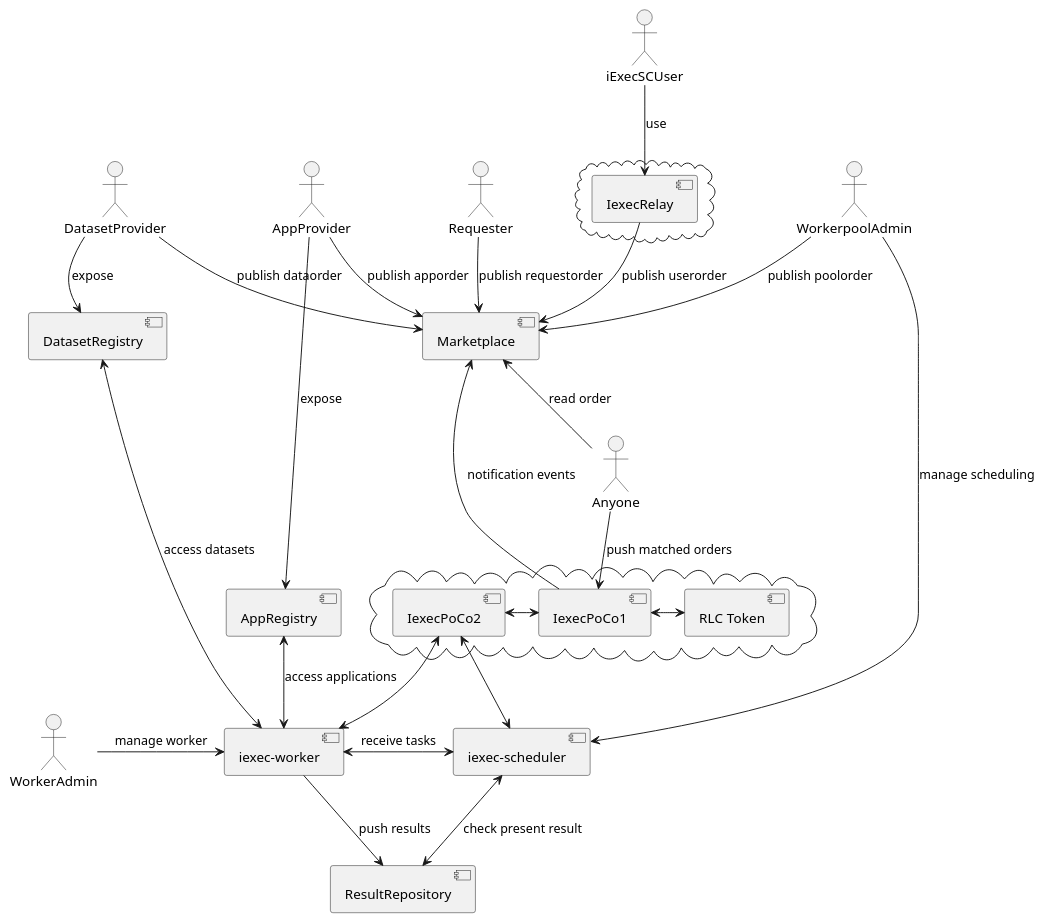
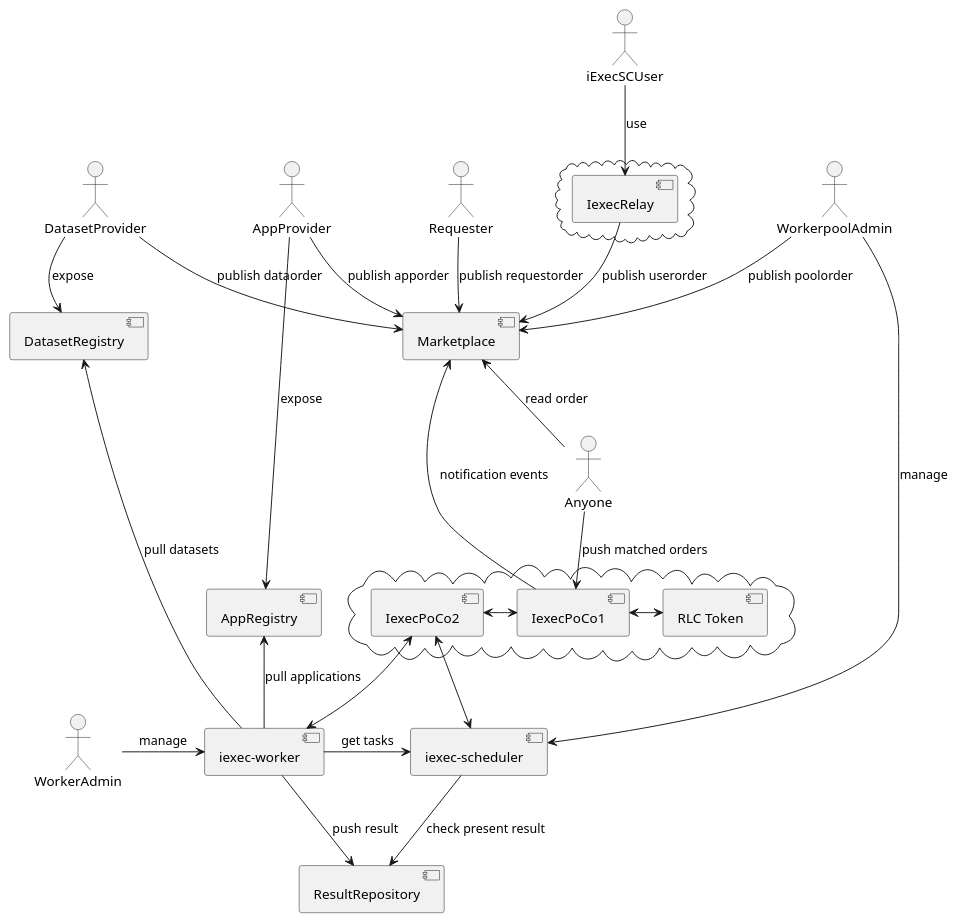
One commit to iExecBlockchainComputing/PoCo changed the diagram in uml/architecture-ODB.puml. Above: the diagram before and after it, drawn with PlantUML. The commit also changed 1 other file, not shown here.

```diff
--- a/uml/architecture-ODB.puml
+++ b/uml/architecture-ODB.puml
@@ -1,57 +1,57 @@
 @startuml
 :iExecSCUser:
 :AppProvider:
 :DatasetProvider:
 :WorkerpoolAdmin:
 :WorkerAdmin:
 :Requester:
 :Anyone:
 
 cloud {
 [IexecRelay]
 }
 component [IexecRelay]
 iExecSCUser -down-> [IexecRelay]: use
 
 component [Marketplace]
 [IexecRelay] -down-> [Marketplace]: publish userorder
 AppProvider -down-> [Marketplace]: publish apporder
 DatasetProvider -down-> [Marketplace]: publish dataorder
 WorkerpoolAdmin -down-> [Marketplace]: publish poolorder
 Requester  -down-> [Marketplace]: publish requestorder
 Anyone -up-> [Marketplace]: read order
 
 cloud {
 [IexecPoCo1]
 [IexecPoCo2]
 [RLC Token]
 }
 component [IexecPoCo1]
 component [IexecPoCo2]
 component [RLC Token]
 [IexecPoCo2] <-right-> [IexecPoCo1]
 [IexecPoCo1] <-right-> [RLC Token]
 
 Anyone -down-> [IexecPoCo1]: push matched orders
 [IexecPoCo1] -up-> [Marketplace]: notification events
 
 [iexec-scheduler] <-up-> [IexecPoCo2]
 [iexec-worker] <-up-> [IexecPoCo2]
 
 component [AppRegistry]
 component [DatasetRegistry]
 component [iexec-scheduler]
 component [iexec-worker]
 component [ResultRepository]
 
 AppProvider -down-> AppRegistry: expose
 DatasetProvider -down-> DatasetRegistry: expose 
-WorkerpoolAdmin -down-> [iexec-scheduler]: manage scheduling
+WorkerpoolAdmin -down-> [iexec-scheduler]: manage
 
-[WorkerAdmin] -right-> [iexec-worker]: manage worker
-[iexec-worker] <-right-> [iexec-scheduler]: receive tasks
-[iexec-worker] <-up-> [AppRegistry]: access applications
-[iexec-worker] <-up-> [DatasetRegistry]: access datasets
-[iexec-worker] -down-> [ResultRepository]: push results
-[iexec-scheduler] <-right-> [ResultRepository]: check present result
+[WorkerAdmin] -right-> [iexec-worker]: manage
+[iexec-worker] -right-> [iexec-scheduler]: get tasks
+[iexec-worker] -up-> [AppRegistry]: pull applications
+[iexec-worker] -up-> [DatasetRegistry]: pull datasets
+[iexec-worker] -down-> [ResultRepository]: push result
+[iexec-scheduler] -right-> [ResultRepository]: check present result
 @enduml
```
